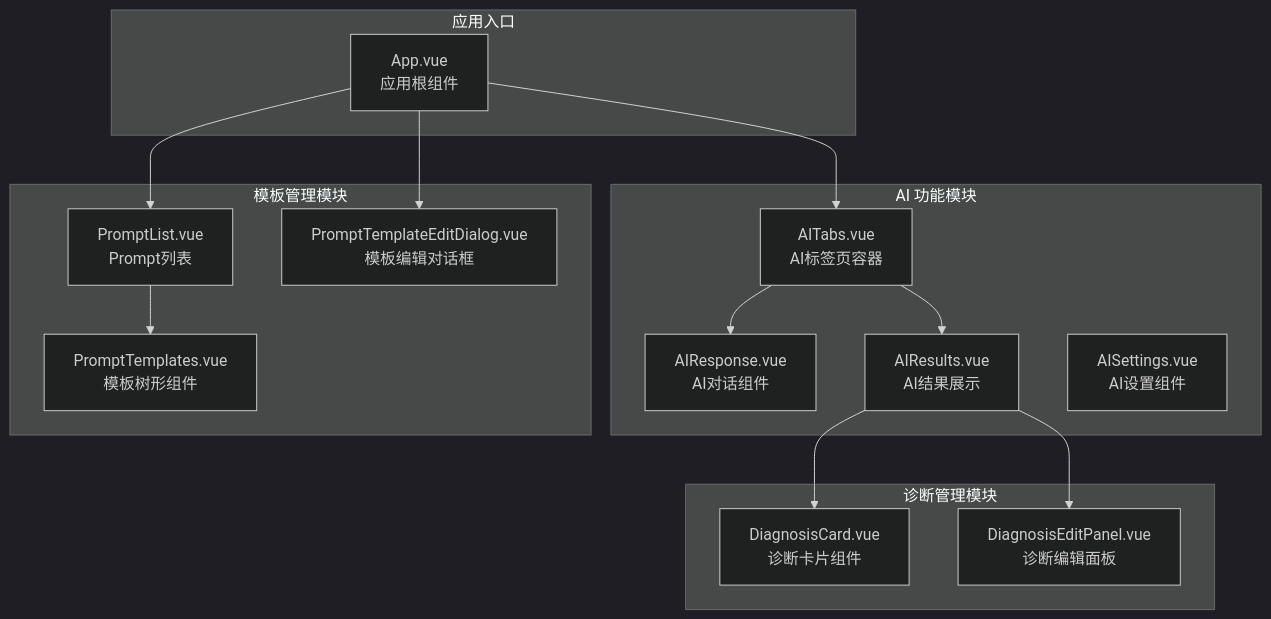
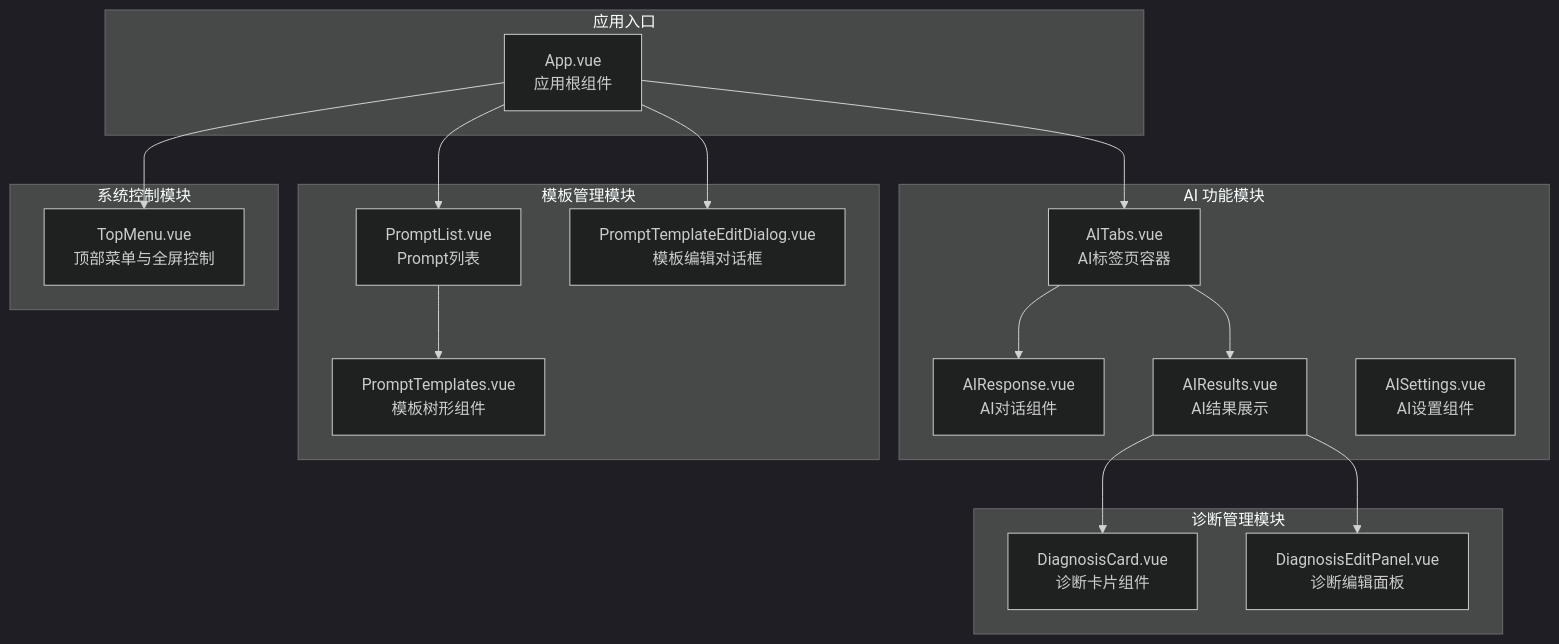
One commit to liuzh2008/med_ai_assistant_workspace changed the first of 9 diagrams in .qoder/repowiki/zh/content/Vue Component Documentation/Vue Component Documentation.md. Above: the diagram before and after it, drawn with Mermaid (dark theme). The commit also changed other lines of this file and 6 other files, not shown here.

````diff
--- a/.qoder/repowiki/zh/content/Vue Component Documentation/Vue Component Documentation.md
+++ b/.qoder/repowiki/zh/content/Vue Component Documentation/Vue Component Documentation.md
@@ -38,29 +49,33 @@
 ```mermaid
 graph TB
 subgraph "应用入口"
 App[App.vue<br/>应用根组件]
 end
 subgraph "AI 功能模块"
 AITabs[AITabs.vue<br/>AI标签页容器]
 AIResponse[AIResponse.vue<br/>AI对话组件]
 AIResults[AIResults.vue<br/>AI结果展示]
 AISettings[AISettings.vue<br/>AI设置组件]
 end
 subgraph "诊断管理模块"
 DiagnosisCard[DiagnosisCard.vue<br/>诊断卡片组件]
 DiagnosisEditPanel[DiagnosisEditPanel.vue<br/>诊断编辑面板]
 end
 subgraph "模板管理模块"
 PromptList[PromptList.vue<br/>Prompt列表]
 PromptTemplates[PromptTemplates.vue<br/>模板树形组件]
 PromptTemplateEditDialog[PromptTemplateEditDialog.vue<br/>模板编辑对话框]
 end
+subgraph "系统控制模块"
+TopMenu[TopMenu.vue<br/>顶部菜单与全屏控制]
+end
 App --> AITabs
 AITabs --> AIResponse
 AITabs --> AIResults
 AIResults --> DiagnosisEditPanel
 AIResults --> DiagnosisCard
 App --> PromptList
 PromptList --> PromptTemplates
 App --> PromptTemplateEditDialog
+App --> TopMenu
 ```
````
